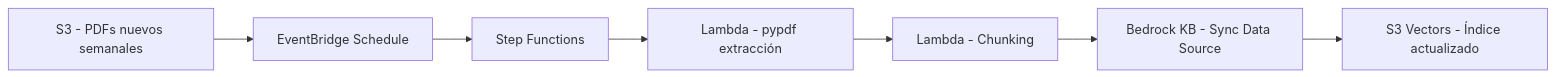
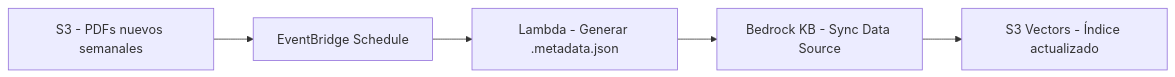
One commit to Poder-Judicial-de-Mendoza/juris-mza changed the second of 4 diagrams in .kiro/specs/jurisprudencia-mendoza-aws/design.md. Above: the diagram before and after it, drawn with Mermaid. The commit also changed other lines of this file and 16 other files, not shown here.

````diff
--- a/.kiro/specs/jurisprudencia-mendoza-aws/design.md
+++ b/.kiro/specs/jurisprudencia-mendoza-aws/design.md
@@ -93,9 +81,7 @@
 ```mermaid
 graph LR
     S3_NEW[S3 - PDFs nuevos semanales] --> EVENT[EventBridge Schedule]
-    EVENT --> SF[Step Functions]
-    SF --> LAMBDA_EXTRACT[Lambda - pypdf extracción]
-    LAMBDA_EXTRACT --> LAMBDA_CHUNK[Lambda - Chunking]
-    LAMBDA_CHUNK --> KB_SYNC[Bedrock KB - Sync Data Source]
+    EVENT --> LAMBDA_META[Lambda - Generar .metadata.json]
+    LAMBDA_META --> KB_SYNC[Bedrock KB - Sync Data Source]
     KB_SYNC --> S3V[S3 Vectors - Índice actualizado]
 ```
````
